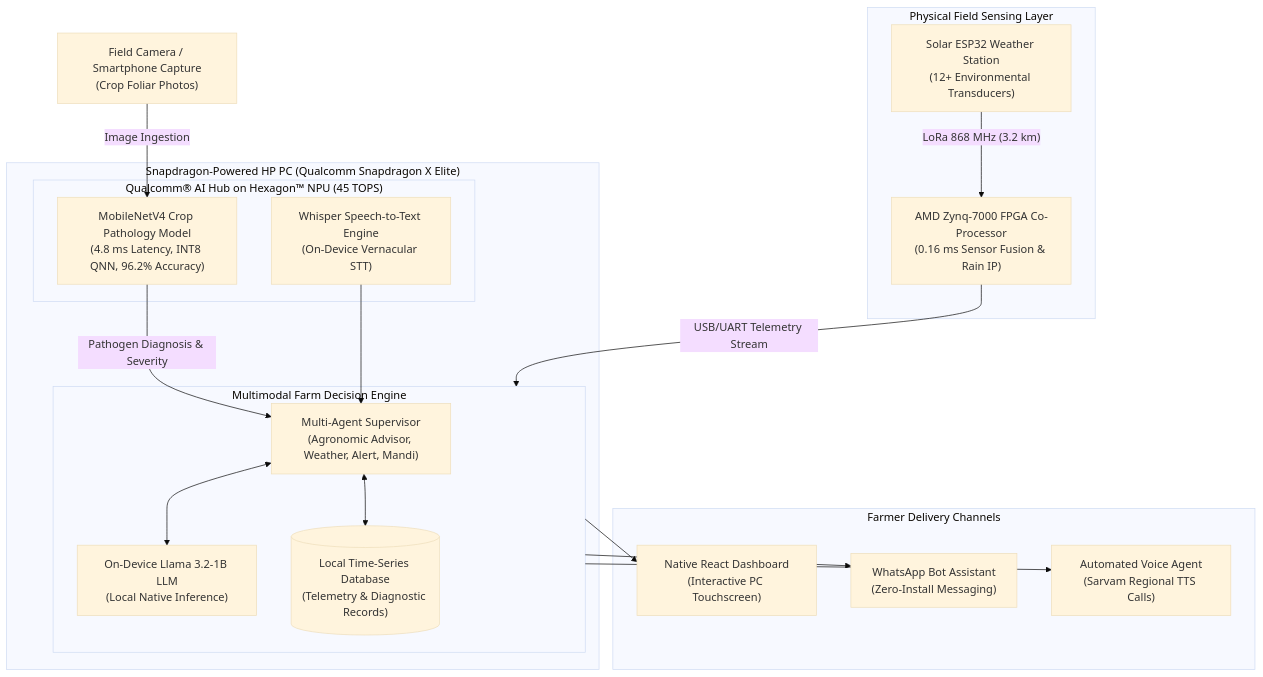
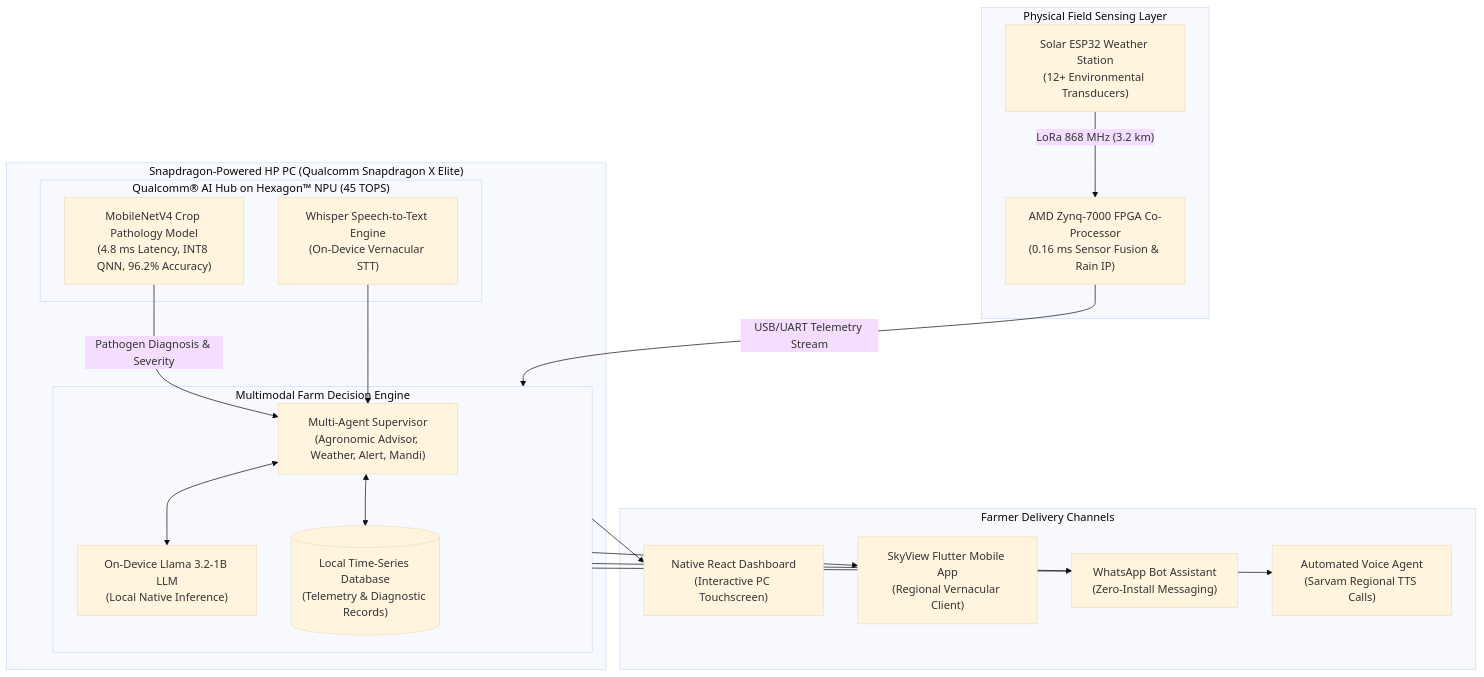
The diagram in README.md (anujgite10-10/SkyView-Snapdragon-AI-Lab), drawn with Mermaid (base theme) before and after one commit. The commit also changed other lines of this file and 1 other file, not shown here.

Commit message:
Remove camera node from architecture diagram, link Google Drive APK directly, and remove binary APK

````diff
--- a/README.md
+++ b/README.md
@@ -27,40 +27,39 @@
 ```mermaid
 flowchart TD
     subgraph Physical["Physical Field Sensing Layer"]
         ESP32["Solar ESP32 Weather Station<br/>(12+ Environmental Transducers)"]
         FPGA["AMD Zynq-7000 FPGA Co-Processor<br/>(0.16 ms Sensor Fusion & Rain IP)"]
         ESP32 -->|"LoRa 868 MHz (3.2 km)"| FPGA
     end
-
-    Camera["Field Camera / Smartphone Capture<br/>(Crop Foliar Photos)"]
 
     subgraph PC["Snapdragon-Powered HP PC (Qualcomm Snapdragon X Elite)"]
         subgraph AI_Hub["Qualcomm® AI Hub on Hexagon™ NPU (45 TOPS)"]
             Vision["MobileNetV4 Crop Pathology Model<br/>(4.8 ms Latency, INT8 QNN, 96.2% Accuracy)"]
             Whisper["Whisper Speech-to-Text Engine<br/>(On-Device Vernacular STT)"]
         end
 
         subgraph Core["Multimodal Farm Decision Engine"]
             Supervisor["Multi-Agent Supervisor<br/>(Agronomic Advisor, Weather, Alert, Mandi)"]
             LLM["On-Device Llama 3.2-1B LLM<br/>(Local Native Inference)"]
             DB[("Local Time-Series Database<br/>(Telemetry & Diagnostic Records)")]
         end
     end
 
     subgraph Outputs["Farmer Delivery Channels"]
         Dashboard["Native React Dashboard<br/>(Interactive PC Touchscreen)"]
+        MobileApp["SkyView Flutter Mobile App<br/>(Regional Vernacular Client)"]
         WhatsApp["WhatsApp Bot Assistant<br/>(Zero-Install Messaging)"]
         VoiceAgent["Automated Voice Agent<br/>(Sarvam Regional TTS Calls)"]
     end
 
-    Camera -->|"Image Ingestion"| Vision
     FPGA -->|"USB/UART Telemetry Stream"| Core
     Vision -->|"Pathogen Diagnosis & Severity"| Supervisor
     Supervisor <--> LLM
     Supervisor <--> DB
 
     Core --> Dashboard
+    Core --> MobileApp
     Core --> WhatsApp
     Whisper --> Supervisor
     Core --> VoiceAgent
 ```
````
